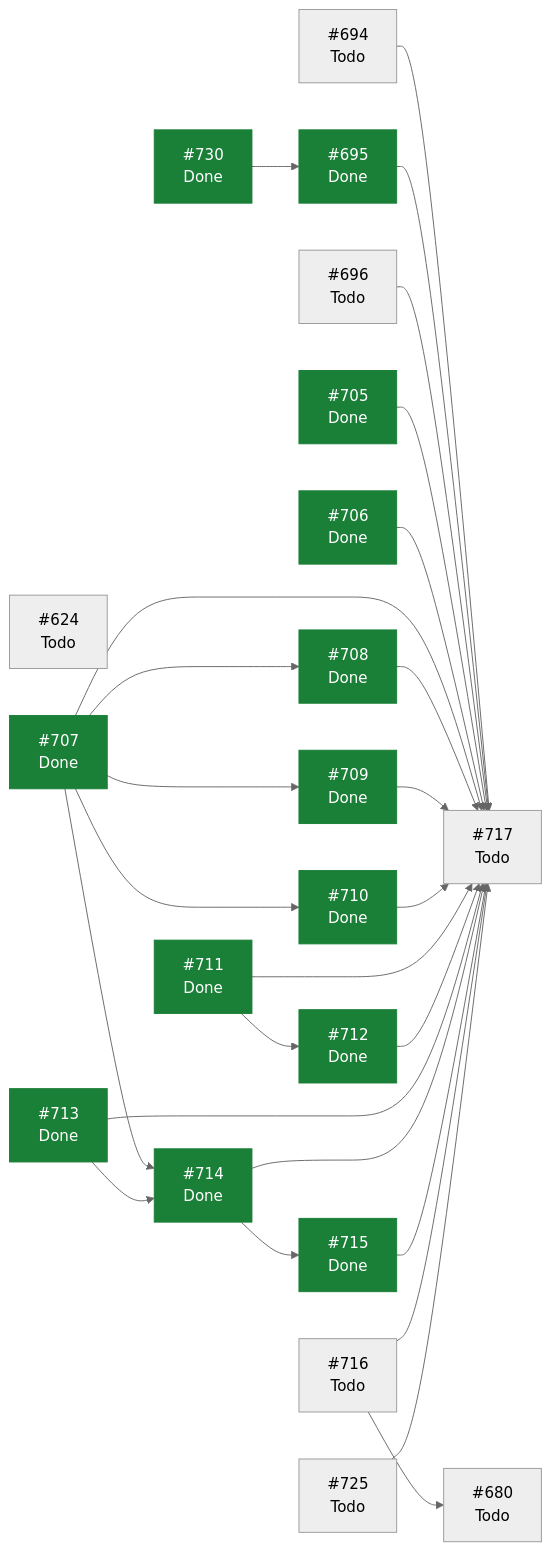
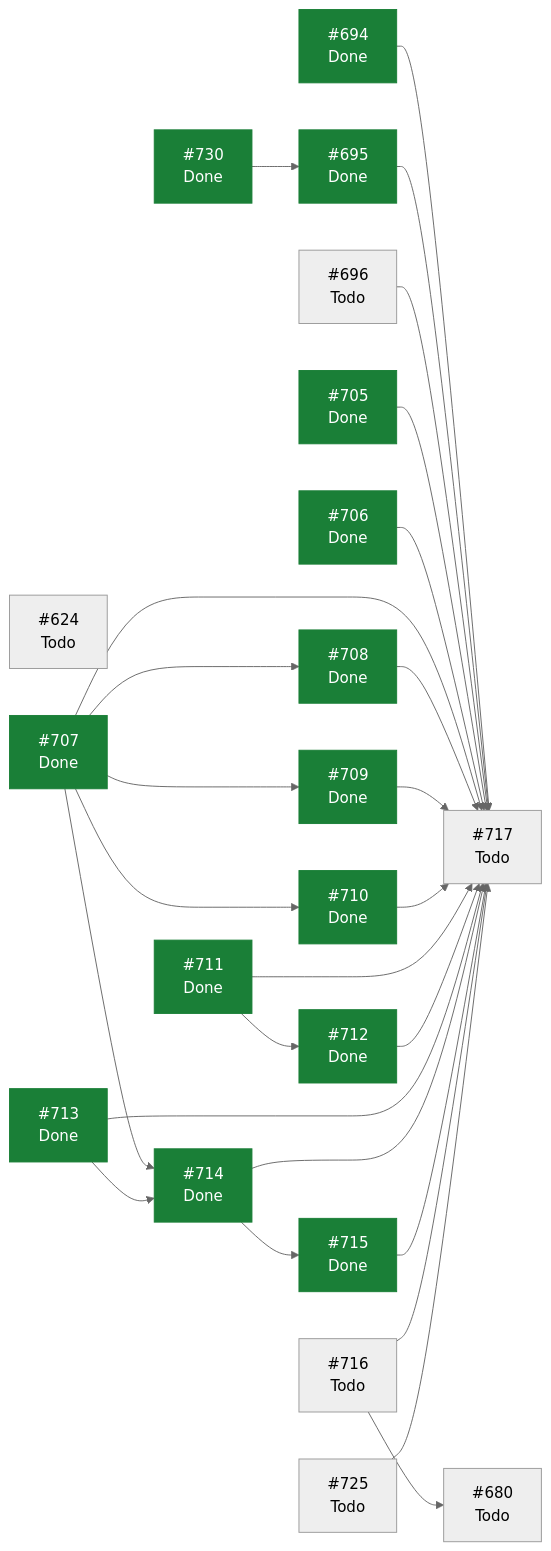
The diagram in docs/planning/STATUS.md (ecamp0s/evault), drawn with Mermaid (neutral theme) before and after one commit. The commit also changed other lines of this file, not shown here.

````diff
--- a/docs/planning/STATUS.md
+++ b/docs/planning/STATUS.md
@@ -109,50 +108,50 @@
 ```mermaid
 graph LR
   I624["#624<br/>Todo"]
   I680["#680<br/>Todo"]
-  I694["#694<br/>Todo"]
+  I694["#694<br/>Done"]
   I695["#695<br/>Done"]
   I696["#696<br/>Todo"]
   I705["#705<br/>Done"]
   I706["#706<br/>Done"]
   I707["#707<br/>Done"]
   I708["#708<br/>Done"]
   I709["#709<br/>Done"]
   I710["#710<br/>Done"]
   I711["#711<br/>Done"]
   I712["#712<br/>Done"]
   I713["#713<br/>Done"]
   I714["#714<br/>Done"]
   I715["#715<br/>Done"]
   I716["#716<br/>Todo"]
   I717["#717<br/>Todo"]
   I725["#725<br/>Todo"]
   I730["#730<br/>Done"]
   I694 --> I717
   I695 --> I717
   I696 --> I717
   I705 --> I717
   I706 --> I717
   I707 --> I708
   I707 --> I709
   I707 --> I710
   I707 --> I714
   I707 --> I717
   I708 --> I717
   I709 --> I717
   I710 --> I717
   I711 --> I712
   I711 --> I717
   I712 --> I717
   I713 --> I714
   I713 --> I717
   I714 --> I715
   I714 --> I717
   I715 --> I717
   I716 --> I680
   I716 --> I717
   I725 --> I717
   I730 --> I695
   classDef hecho fill:#1a7f37,stroke:#1a7f37,color:#fff;
-  class I695,I705,I706,I707,I708,I709,I710,I711,I712,I713,I714,I715,I730 hecho;
+  class I694,I695,I705,I706,I707,I708,I709,I710,I711,I712,I713,I714,I715,I730 hecho;
 ```
````
